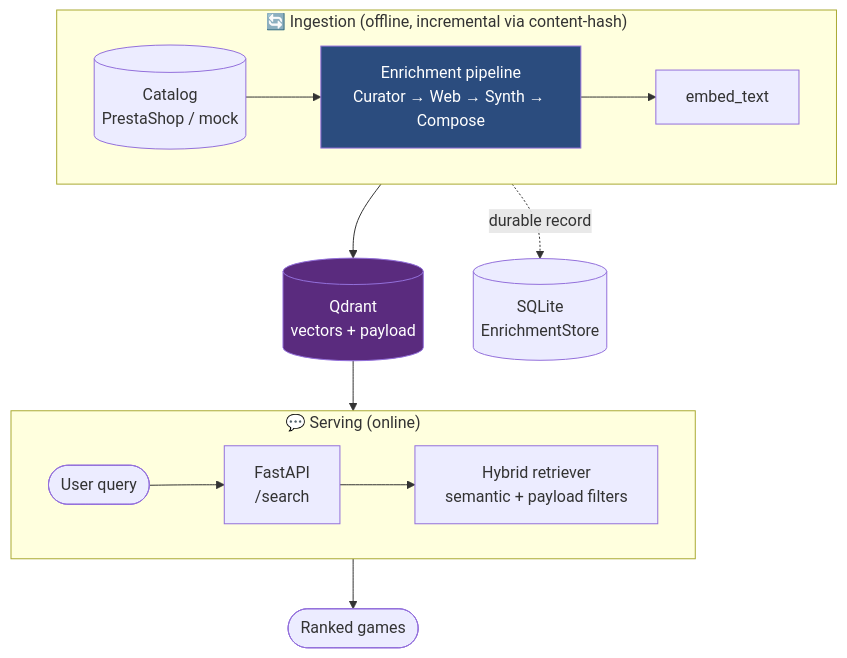
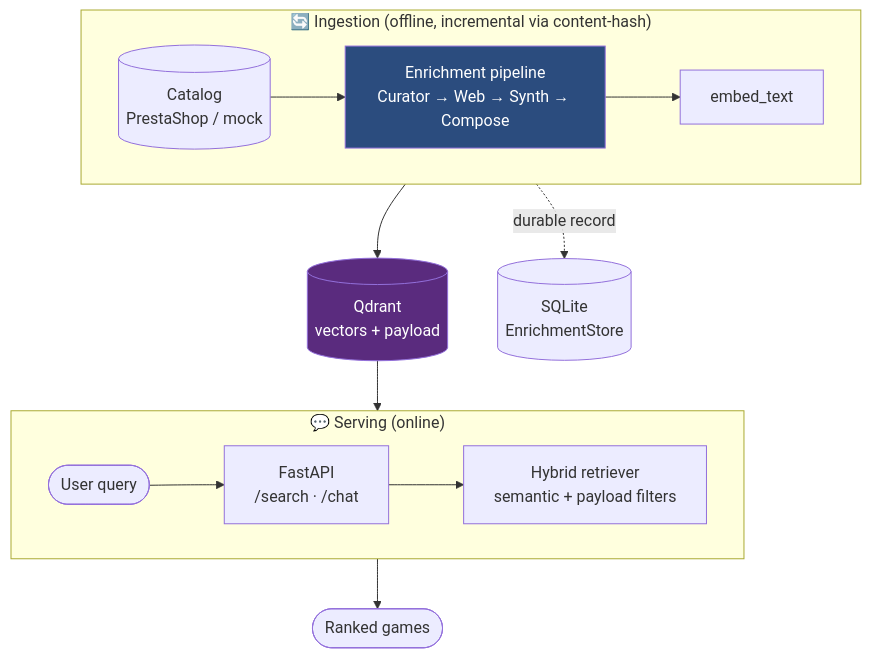
Before and after one commit to msporchia/board-game-rag-seller: the first of 3 diagrams in README.md, drawn with Mermaid. The commit also changed other lines of this file and 7 other files, not shown here.

````diff
--- a/README.md
+++ b/README.md
@@ -55,21 +98,21 @@
 ```mermaid
 flowchart TB
     subgraph INGEST["🔄 Ingestion (offline, incremental via content-hash)"]
         direction LR
         SRC[("Catalog<br/>PrestaShop / mock")] --> PIPE["Enrichment pipeline<br/>Curator → Web → Synth → Compose"]
         PIPE --> EMB["embed_text"]
     end
     EMB --> QD[("Qdrant<br/>vectors + payload")]
     PIPE -. "durable record" .-> SQL[("SQLite<br/>EnrichmentStore")]
 
     subgraph SERVE["💬 Serving (online)"]
         direction LR
-        USER(["User query"]) --> API["FastAPI<br/>/search"]
+        USER(["User query"]) --> API["FastAPI<br/>/search · /chat"]
         API --> RET["Hybrid retriever<br/>semantic + payload filters"]
     end
     QD --> RET
     RET --> OUT(["Ranked games"])
 
     style PIPE fill:#2b4c7e,color:#fff
     style QD fill:#5a2b7e,color:#fff
 ```
````
